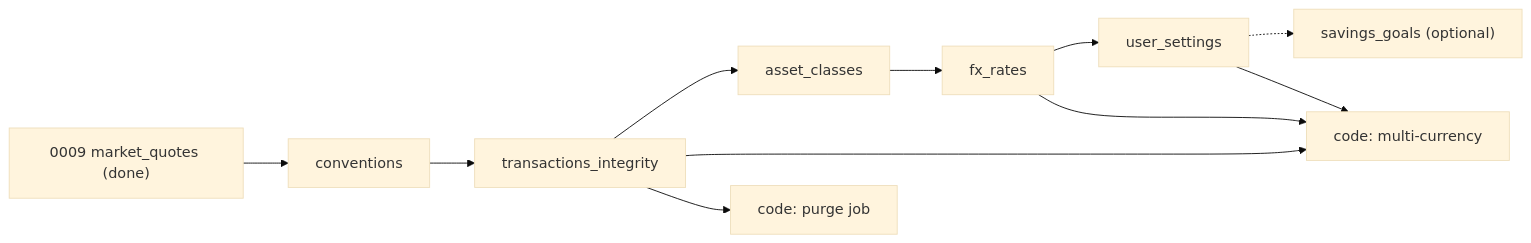
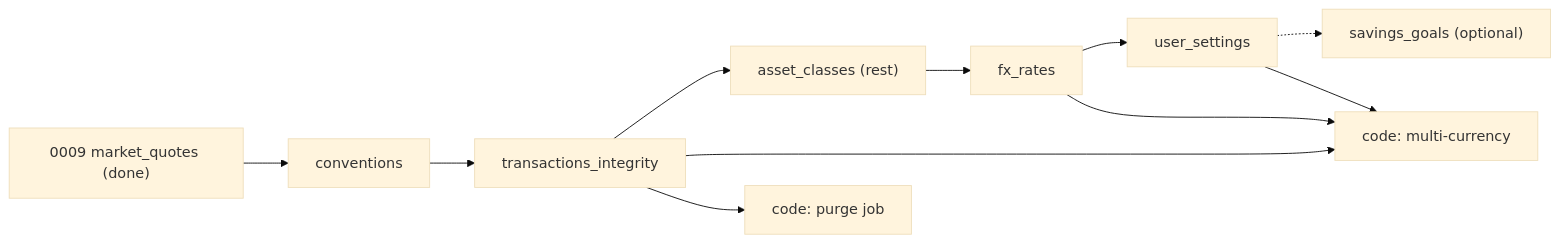
The diagram in docs/data-model.md (krzysztof-wojtowicz/coffer-demo), drawn with Mermaid (base theme) before and after one commit. The commit also changed other lines of this file and 83 other files, not shown here.

````diff
--- a/docs/data-model.md
+++ b/docs/data-model.md
@@ -112,13 +112,13 @@
 ```mermaid
 flowchart LR
     m9["0009 market_quotes (done)"] --> conv["conventions"]
     conv --> ti["transactions_integrity"]
-    ti --> ac["asset_classes"]
+    ti --> ac["asset_classes (rest)"]
     ac --> fxr["fx_rates"]
     fxr --> us["user_settings"]
     us -.-> sg["savings_goals (optional)"]
     ti --> fx["code: multi-currency"]
     fxr --> fx
     us --> fx
     ti --> purge["code: purge job"]
 ```
````
